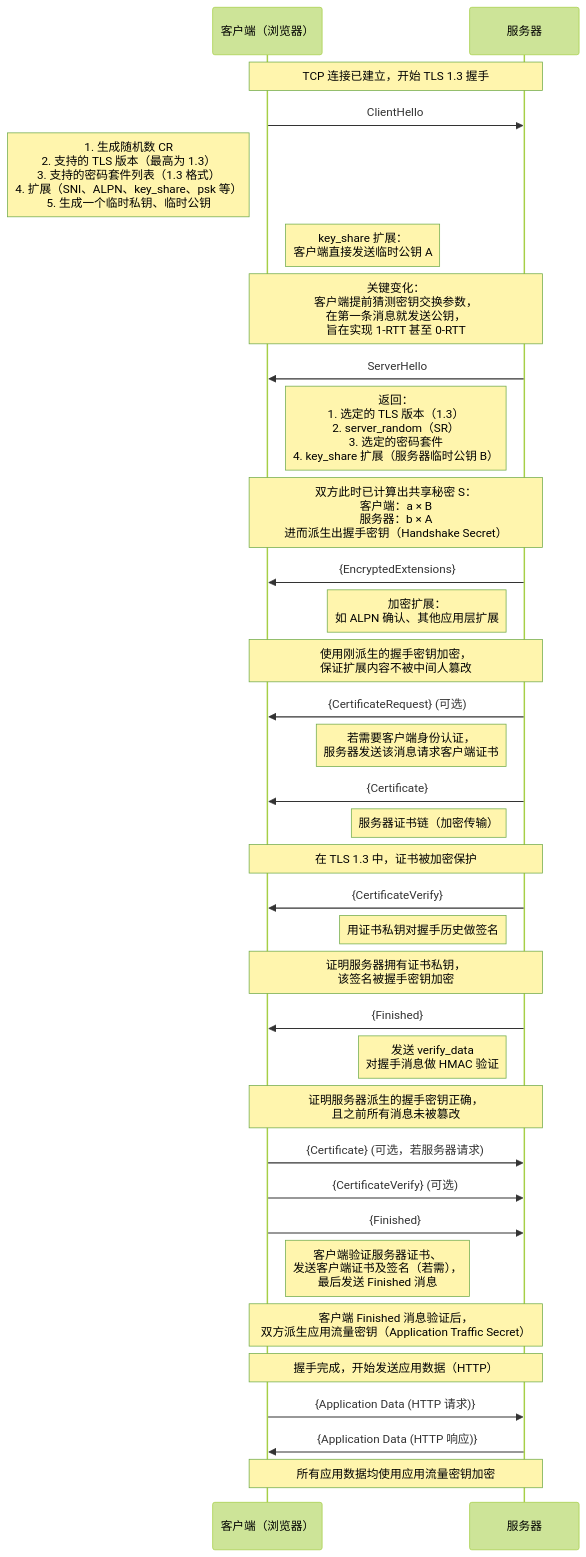
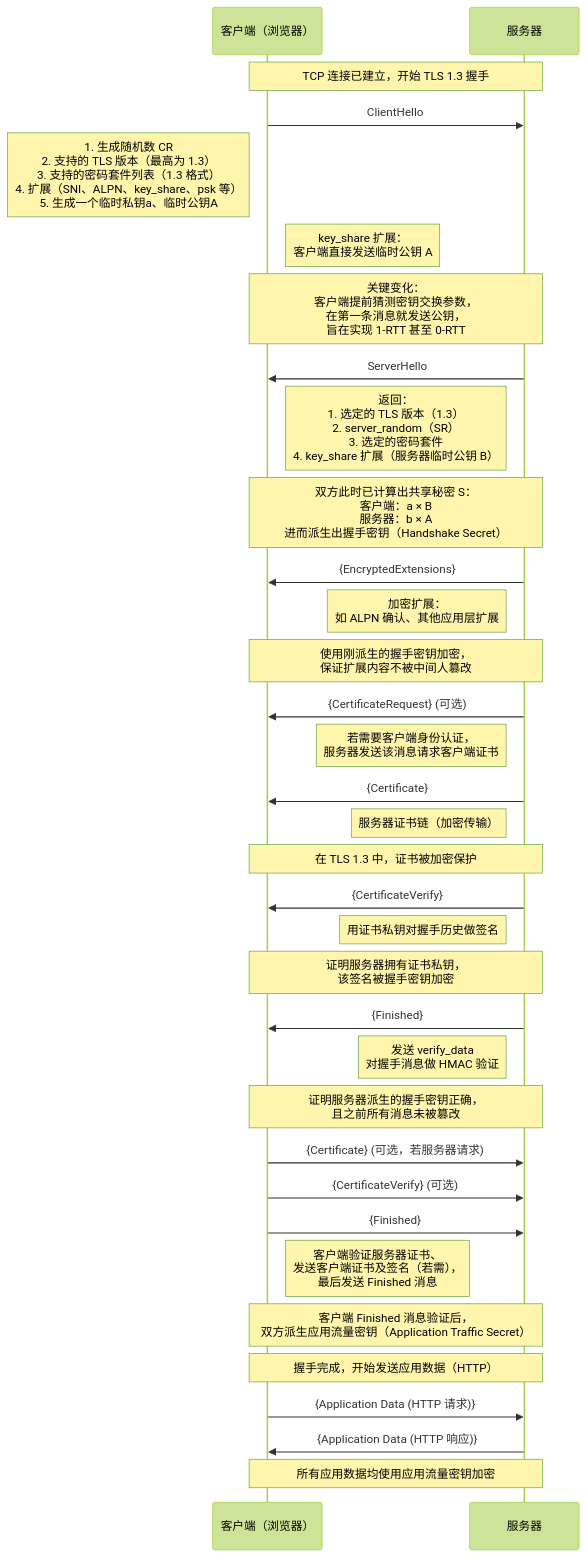
One commit to HY-10-8/iodraw-files changed the diagram in all/未命名-3.md. Above: the diagram before and after it, drawn with Mermaid (forest theme).

Commit message:
2026-03-30 17:23:52 update

````diff
--- a/all/未命名-3.md
+++ b/all/未命名-3.md
@@ -1,47 +1,47 @@
 ```mermaid
 sequenceDiagram
     participant C as 客户端（浏览器）
     participant S as 服务器
 
     Note over C,S: TCP 连接已建立，开始 TLS 1.3 握手
 
     C->>S: ClientHello
-    Note left of C: 1. 生成随机数 CR<br/> 2. 支持的 TLS 版本（最高为 1.3）<br/> 3. 支持的密码套件列表（1.3 格式）<br/> 4. 扩展（SNI、ALPN、key_share、psk 等）<br/> 5. 生成一个临时私钥、临时公钥
+    Note left of C: 1. 生成随机数 CR<br/> 2. 支持的 TLS 版本（最高为 1.3）<br/> 3. 支持的密码套件列表（1.3 格式）<br/> 4. 扩展（SNI、ALPN、key_share、psk 等）<br/> 5. 生成一个临时私钥a、临时公钥A
     Note right of C: key_share 扩展：<br/> 客户端直接发送临时公钥 A
     Note over C,S: 关键变化：<br/> 客户端提前猜测密钥交换参数，<br/> 在第一条消息就发送公钥，<br/> 旨在实现 1-RTT 甚至 0-RTT
 
     S->>C: ServerHello
     Note left of S: 返回：<br/> 1. 选定的 TLS 版本（1.3）<br/> 2. server_random（SR）<br/> 3. 选定的密码套件<br/> 4. key_share 扩展（服务器临时公钥 B）
     Note over C,S: 双方此时已计算出共享秘密 S：<br/> 客户端：a × B<br/> 服务器：b × A<br/> 进而派生出握手密钥（Handshake Secret）
 
     S->>C: {EncryptedExtensions}
     Note left of S: 加密扩展：<br/> 如 ALPN 确认、其他应用层扩展
     Note over C,S: 使用刚派生的握手密钥加密，<br/> 保证扩展内容不被中间人篡改
 
     S->>C: {CertificateRequest} (可选)
     Note left of S: 若需要客户端身份认证，<br/> 服务器发送该消息请求客户端证书
 
     S->>C: {Certificate}
     Note left of S: 服务器证书链（加密传输）
     Note over C,S: 在 TLS 1.3 中，证书被加密保护
 
     S->>C: {CertificateVerify}
     Note left of S: 用证书私钥对握手历史做签名
     Note over C,S: 证明服务器拥有证书私钥，<br/> 该签名被握手密钥加密
 
     S->>C: {Finished}
     Note left of S: 发送 verify_data<br/> 对握手消息做 HMAC 验证
     Note over C,S: 证明服务器派生的握手密钥正确，<br/> 且之前所有消息未被篡改
 
     C->>S: {Certificate} (可选，若服务器请求)
     C->>S: {CertificateVerify} (可选)
     C->>S: {Finished}
     Note right of C: 客户端验证服务器证书、<br/> 发送客户端证书及签名（若需），<br/> 最后发送 Finished 消息
     Note over C,S: 客户端 Finished 消息验证后，<br/> 双方派生应用流量密钥（Application Traffic Secret）
 
     Note over C,S: 握手完成，开始发送应用数据（HTTP）
 
     C->>S: {Application Data (HTTP 请求)}
     S->>C: {Application Data (HTTP 响应)}
     Note over C,S: 所有应用数据均使用应用流量密钥加密
 ```
````
